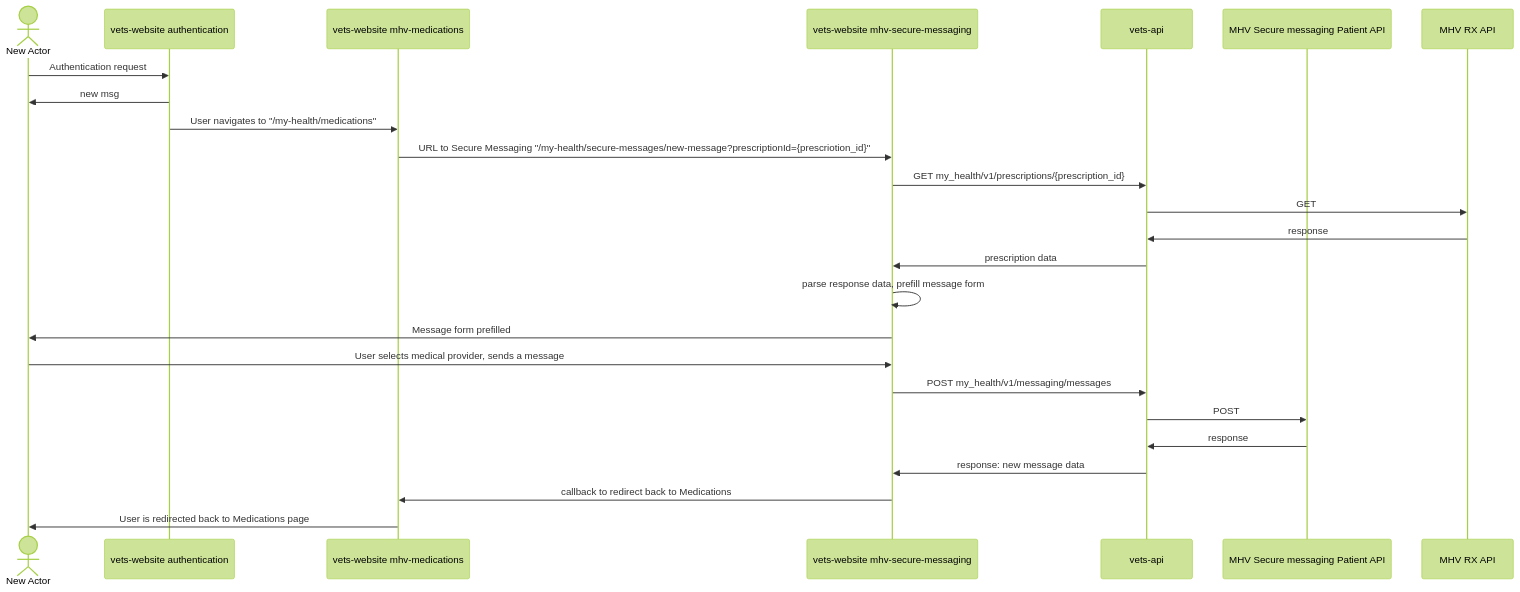
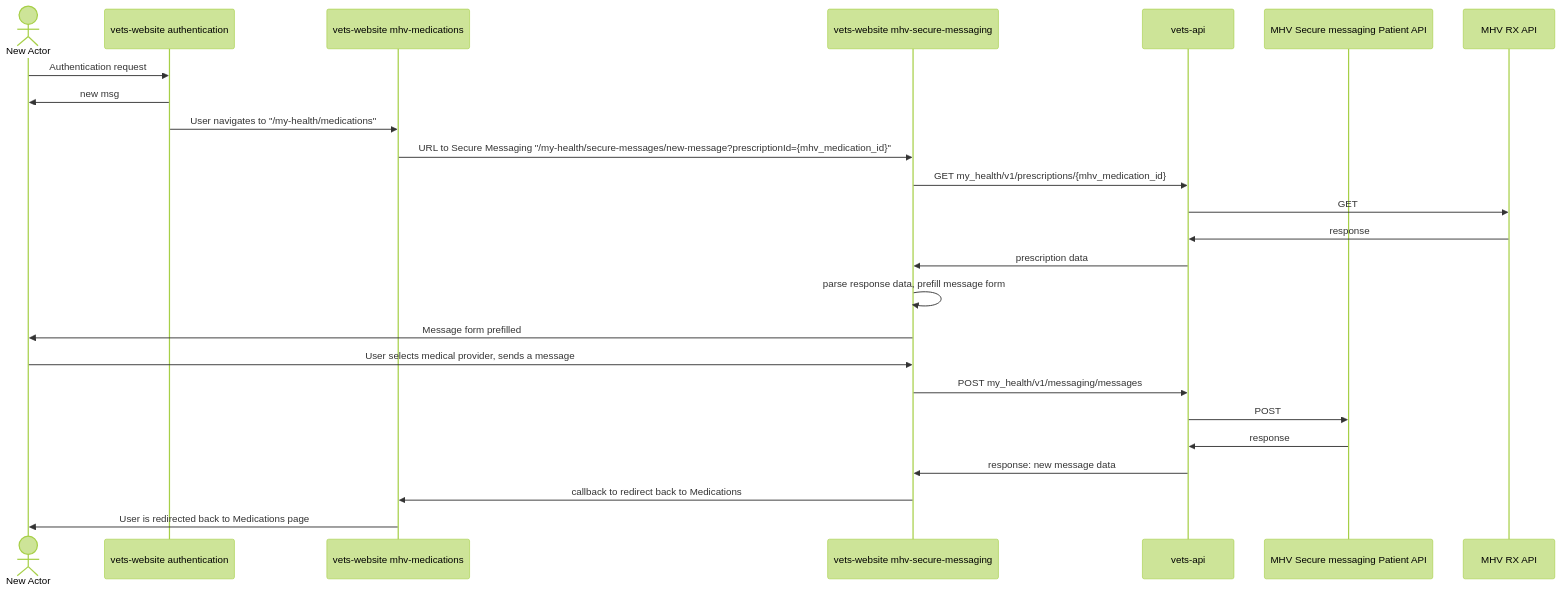
Before and after one commit to department-of-veterans-affairs/va.gov-team: the diagram in products/health-care/digital-health-modernization/mhv-to-va.gov/secure-messaging/engineering/secure-messaging-rx-renewal-sequence-diagram.md, drawn with Mermaid (forest theme).

Commit message:
Update prescription ID in secure messaging diagram

````diff
--- a/products/health-care/digital-health-modernization/mhv-to-va.gov/secure-messaging/engineering/secure-messaging-rx-renewal-sequence-diagram.md
+++ b/products/health-care/digital-health-modernization/mhv-to-va.gov/secure-messaging/engineering/secure-messaging-rx-renewal-sequence-diagram.md
@@ -3,29 +3,29 @@
 ```mermaid
 
 sequenceDiagram
   actor A1 as New Actor
   participant P6 as vets-website authentication
   participant P4 as vets-website mhv-medications
   participant P5 as vets-website mhv-secure-messaging
   participant P1 as vets-api
   participant P2 as MHV Secure messaging Patient API
   participant P3 as MHV RX API
 
   A1 ->> P6: Authentication request
   P6 ->> A1: new msg
   P6 ->> P4: User navigates to "/my-health/medications"
-  P4 ->> P5: URL to Secure Messaging "/my-health/secure-messages/new-message?prescriptionId={prescriotion_id}"
-  P5 ->> P1: GET my_health/v1/prescriptions/{prescription_id}
+  P4 ->> P5: URL to Secure Messaging "/my-health/secure-messages/new-message?prescriptionId={mhv_medication_id}"
+  P5 ->> P1: GET my_health/v1/prescriptions/{mhv_medication_id}
   P1 ->> P3: GET
   P3 ->> P1: response
   P1 ->> P5: prescription data
   P5 ->> P5: parse response data, prefill message form
   P5 ->> A1: Message form prefilled
   A1 ->> P5: User selects medical provider, sends a message
   P5 ->> P1: POST my_health/v1/messaging/messages
   P1 ->> P2: POST
   P2 ->> P1: response
   P1 ->> P5: response: new message data
   P5 ->> P4: callback to redirect back to Medications
   P4 ->> A1: User is redirected back to Medications page
 ```
````
